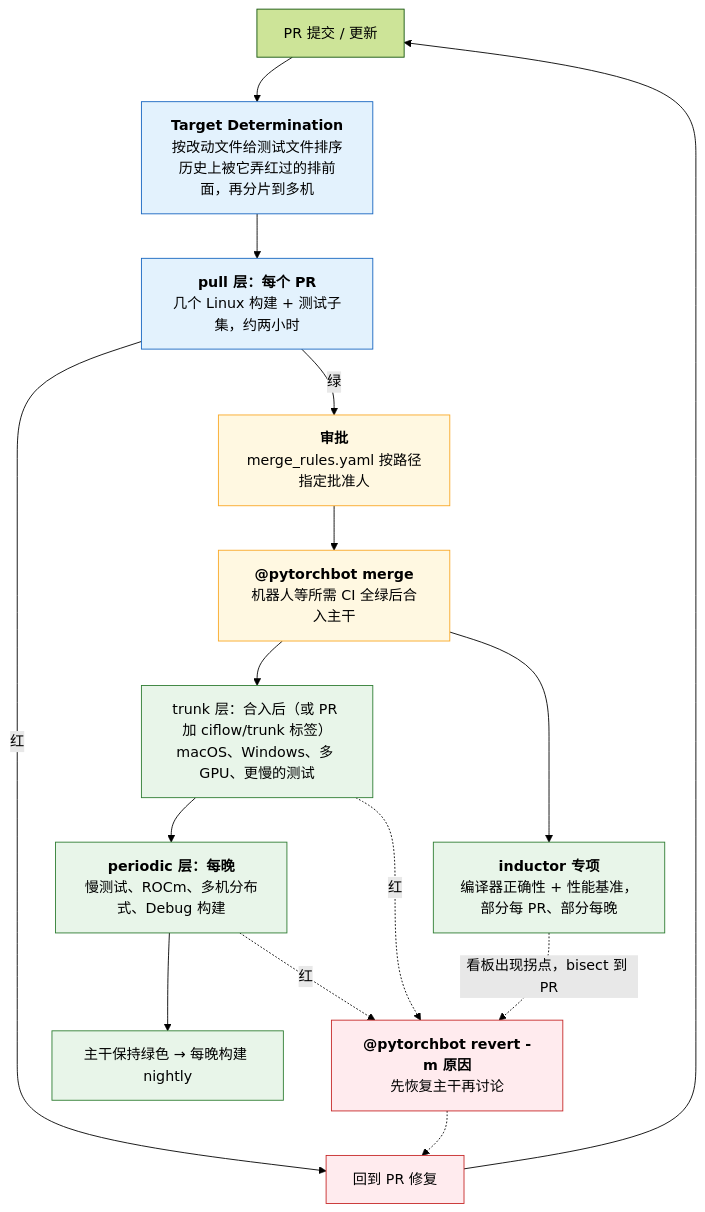
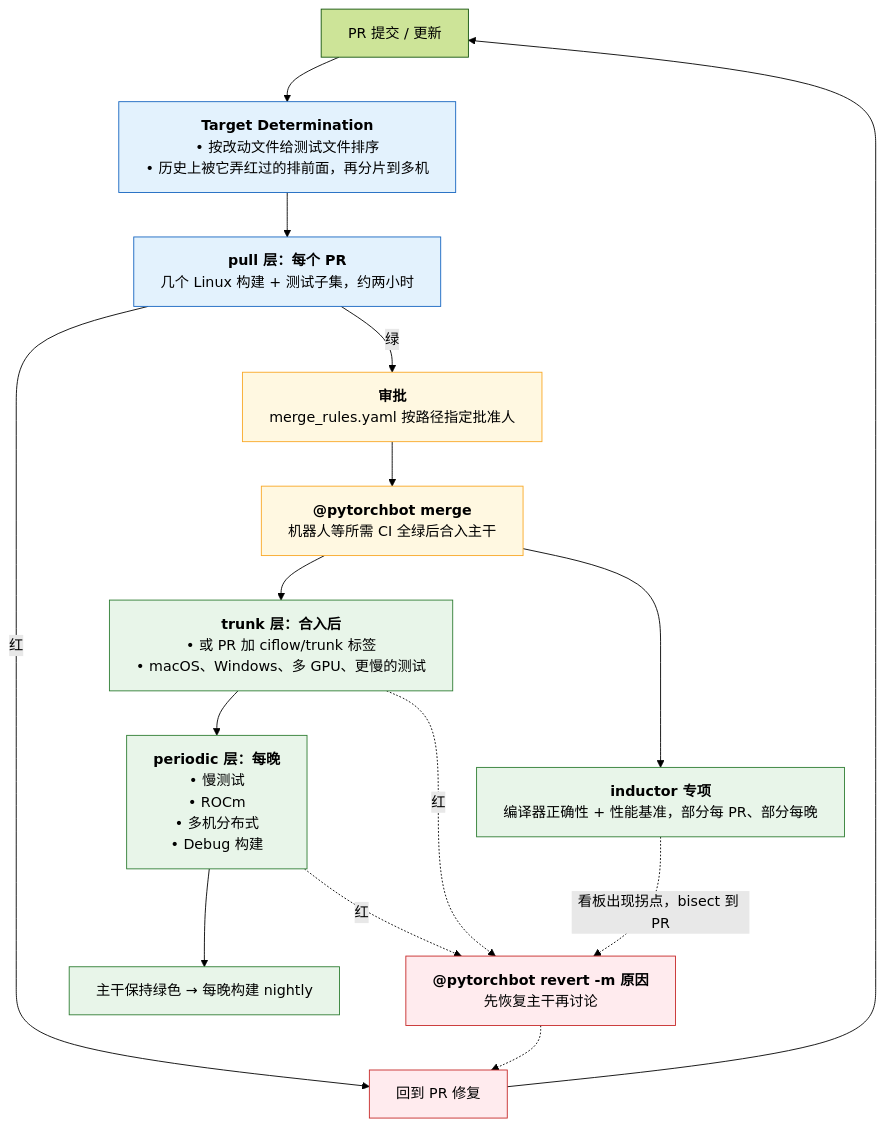
The third of 7 diagrams in _posts/2026-02-26-pytorch-engineering-system.md (arganzheng/arganzheng.github.com), drawn with Mermaid (forest theme) before and after one commit. The commit also changed other lines of this file and 9 other files, not shown here.

First line of the commit message:
PyTorch 系列其余 9 篇：流程图方框改成「标题 + 列表」

````diff
--- a/_posts/2026-02-26-pytorch-engineering-system.md
+++ b/_posts/2026-02-26-pytorch-engineering-system.md
@@ -543,34 +544,35 @@
 ```mermaid
+%%{init: {"flowchart": {"wrappingWidth": 440}}}%%
 %% 图：CI 分层与合入、回滚：合入前只有 pull 层拦截，合入后 trunk / periodic / inductor 在主干上继续跑，红了就回滚
 flowchart TB
     PR["PR 提交 / 更新"]
-    TD["<b>Target Determination</b><br/>按改动文件给测试文件排序<br/>历史上被它弄红过的排前面，再分片到多机"]
+    TD["<b>Target Determination</b><br/>• 按改动文件给测试文件排序<br/>• 历史上被它弄红过的排前面，再分片到多机"]
     PULL["<b>pull 层：每个 PR</b><br/>几个 Linux 构建 + 测试子集，约两小时"]
     FIX["回到 PR 修复"]
     REVIEW["<b>审批</b><br/>merge_rules.yaml 按路径指定批准人"]
     BOT["<b>@pytorchbot merge</b><br/>机器人等所需 CI 全绿后合入主干"]
-    TRUNK["trunk 层：合入后（或 PR 加 ciflow/trunk 标签）<br/>macOS、Windows、多 GPU、更慢的测试"]
-    PERIODIC["<b>periodic 层：每晚</b><br/>慢测试、ROCm、多机分布式、Debug 构建"]
+    TRUNK["<b>trunk 层：合入后</b><br/>• 或 PR 加 ciflow/trunk 标签<br/>• macOS、Windows、多 GPU、更慢的测试"]
+    PERIODIC["<b>periodic 层：每晚</b><br/>• 慢测试<br/>• ROCm<br/>• 多机分布式<br/>• Debug 构建"]
     IND["<b>inductor 专项</b><br/>编译器正确性 + 性能基准，部分每 PR、部分每晚"]
     REVERT["<b>@pytorchbot revert -m 原因</b><br/>先恢复主干再讨论"]
     NIGHTLY["主干保持绿色 → 每晚构建 nightly"]
 
     PR --> TD --> PULL
     PULL -->|"红"| FIX --> PR
     PULL -->|"绿"| REVIEW --> BOT
     BOT --> TRUNK --> PERIODIC --> NIGHTLY
     BOT --> IND
     TRUNK -.->|"红"| REVERT
     PERIODIC -.->|"红"| REVERT
     IND -.->|"看板出现拐点，bisect 到 PR"| REVERT
     REVERT -.-> FIX
 
     classDef pre fill:#e3f2fd,stroke:#1565c0;
     classDef post fill:#e8f5e9,stroke:#2e7d32;
     classDef bad fill:#ffebee,stroke:#c62828;
     classDef bot fill:#fff8e1,stroke:#f9a825;
     class TD,PULL pre;
     class TRUNK,PERIODIC,IND,NIGHTLY post;
     class FIX,REVERT bad;
     class REVIEW,BOT bot;
 ```
````
